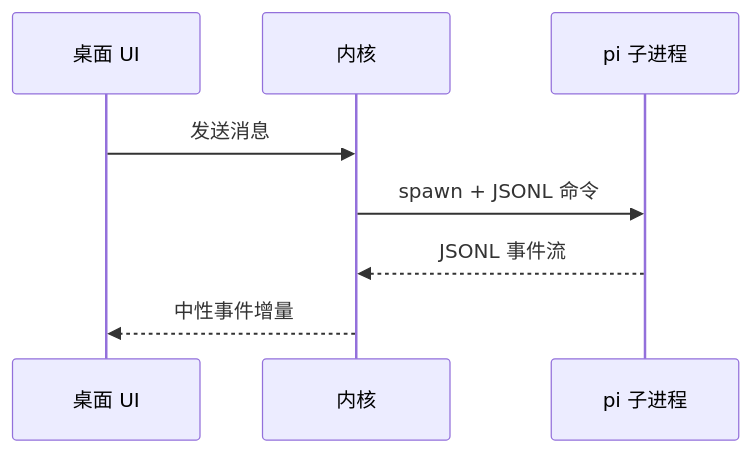
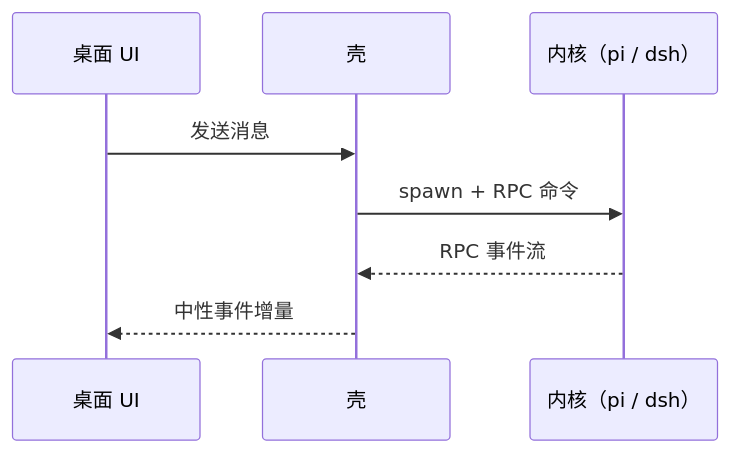
One commit to GOODDAYDAY/my-harness-desktop changed the second of 5 diagrams in README_zh.md. Above: the diagram before and after it, drawn with Mermaid. The commit also changed other lines of this file and 1 other file, not shown here.

First line of the commit message:
docs(readme): 全篇改为多内核口径(pi/dsh 同级)

````diff
--- a/README_zh.md
+++ b/README_zh.md
@@ -128,10 +133,10 @@
 ```mermaid
 sequenceDiagram
     participant UI as 桌面 UI
-    participant K as 内核
-    participant Pi as pi 子进程
-    UI->>K: 发送消息
-    K->>Pi: spawn + JSONL 命令
-    Pi-->>K: JSONL 事件流
-    K-->>UI: 中性事件增量
+    participant S as 壳
+    participant K as 内核（pi / dsh）
+    UI->>S: 发送消息
+    S->>K: spawn + RPC 命令
+    K-->>S: RPC 事件流
+    S-->>UI: 中性事件增量
 ```
````
